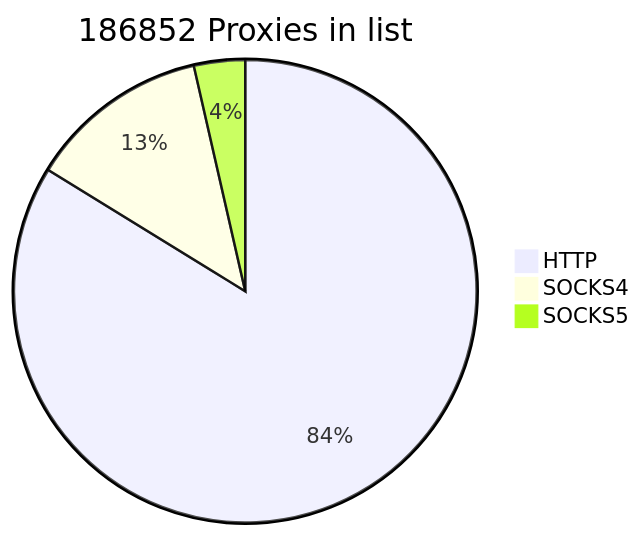
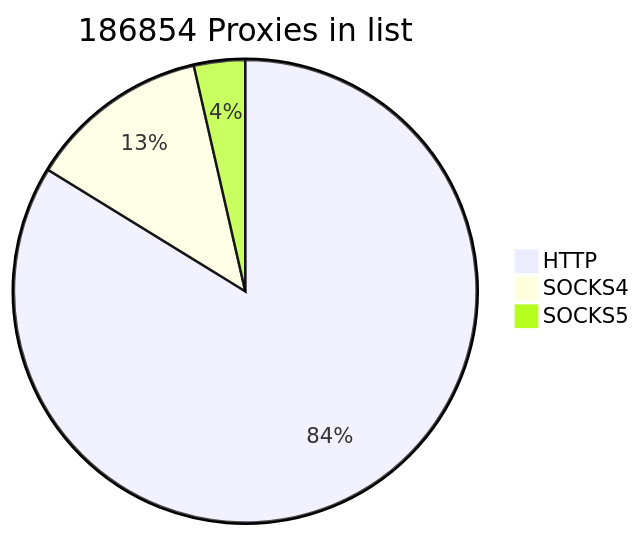
One commit to cutipu/proxylist changed the first of 2 diagrams in README.md. Above: the diagram before and after it, drawn with Mermaid. The commit also changed other lines of this file, not shown here.

````diff
--- a/README.md
+++ b/README.md
@@ -2,7 +2,7 @@
 ```mermaid
-pie title 186852 Proxies in list
-    "HTTP" : 156549
-    "SOCKS4" : 23627
-    "SOCKS5" : 6676
+pie title 186854 Proxies in list
+    "HTTP" : 156550
+    "SOCKS4" : 23629
+    "SOCKS5" : 6675
             
 ```
````
